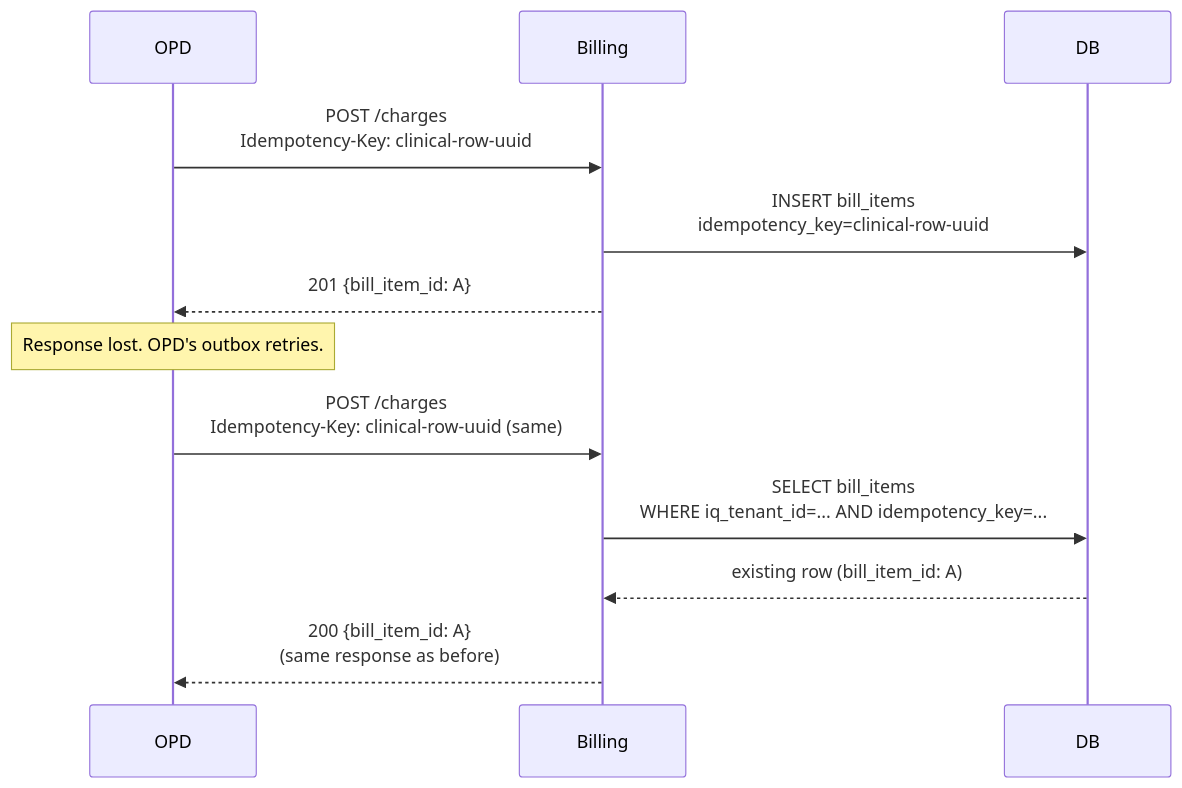
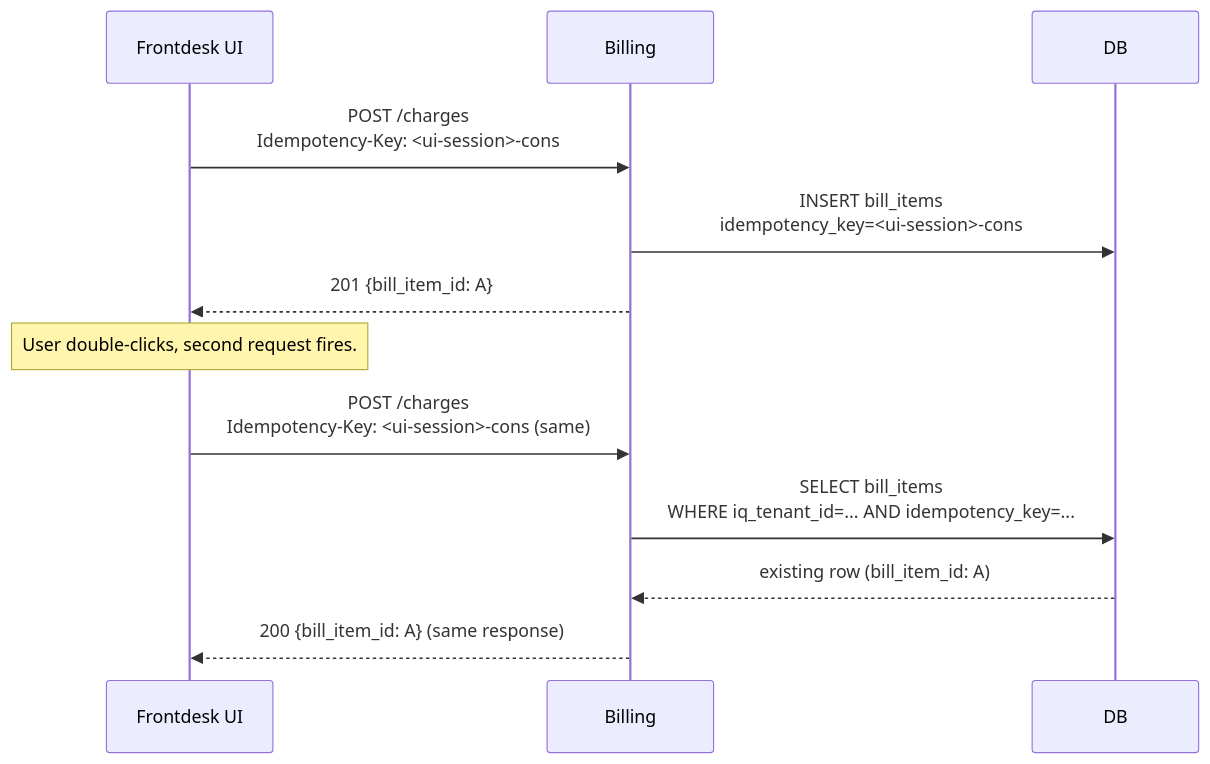
The seventh of 7 diagrams in docs/architecture/lld/billing/02-scenarios.md (IQ-Line/HospitalSaarthi), drawn with Mermaid before and after one commit. The commit also changed other lines of this file and 11 other files, not shown here.

````diff
--- a/docs/architecture/lld/billing/02-scenarios.md
+++ b/docs/architecture/lld/billing/02-scenarios.md
@@ -297,16 +253,16 @@
 ```mermaid
 sequenceDiagram
-    participant OPD
+    participant UI as Frontdesk UI
     participant Billing
     participant DB
 
-    OPD->>Billing: POST /charges<br/>Idempotency-Key: clinical-row-uuid
-    Billing->>DB: INSERT bill_items<br/>idempotency_key=clinical-row-uuid
-    Billing-->>OPD: 201 {bill_item_id: A}
-    Note over OPD: Response lost. OPD's outbox retries.
+    UI->>Billing: POST /charges<br/>Idempotency-Key: <ui-session>-cons
+    Billing->>DB: INSERT bill_items<br/>idempotency_key=<ui-session>-cons
+    Billing-->>UI: 201 {bill_item_id: A}
+    Note over UI: User double-clicks, second request fires.
 
-    OPD->>Billing: POST /charges<br/>Idempotency-Key: clinical-row-uuid (same)
+    UI->>Billing: POST /charges<br/>Idempotency-Key: <ui-session>-cons (same)
     Billing->>DB: SELECT bill_items<br/>WHERE iq_tenant_id=... AND idempotency_key=...
     DB-->>Billing: existing row (bill_item_id: A)
-    Billing-->>OPD: 200 {bill_item_id: A}<br/>(same response as before)
+    Billing-->>UI: 200 {bill_item_id: A} (same response)
 ```
````
